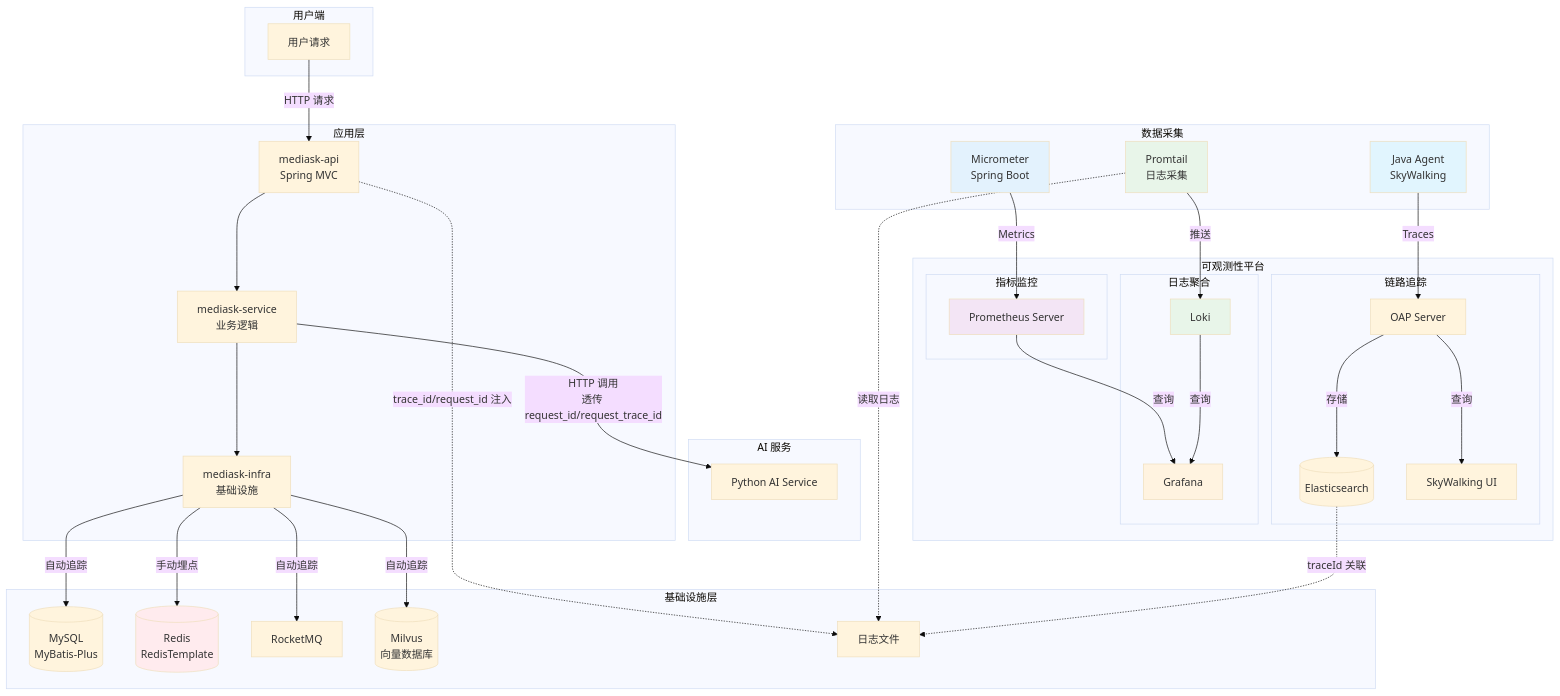
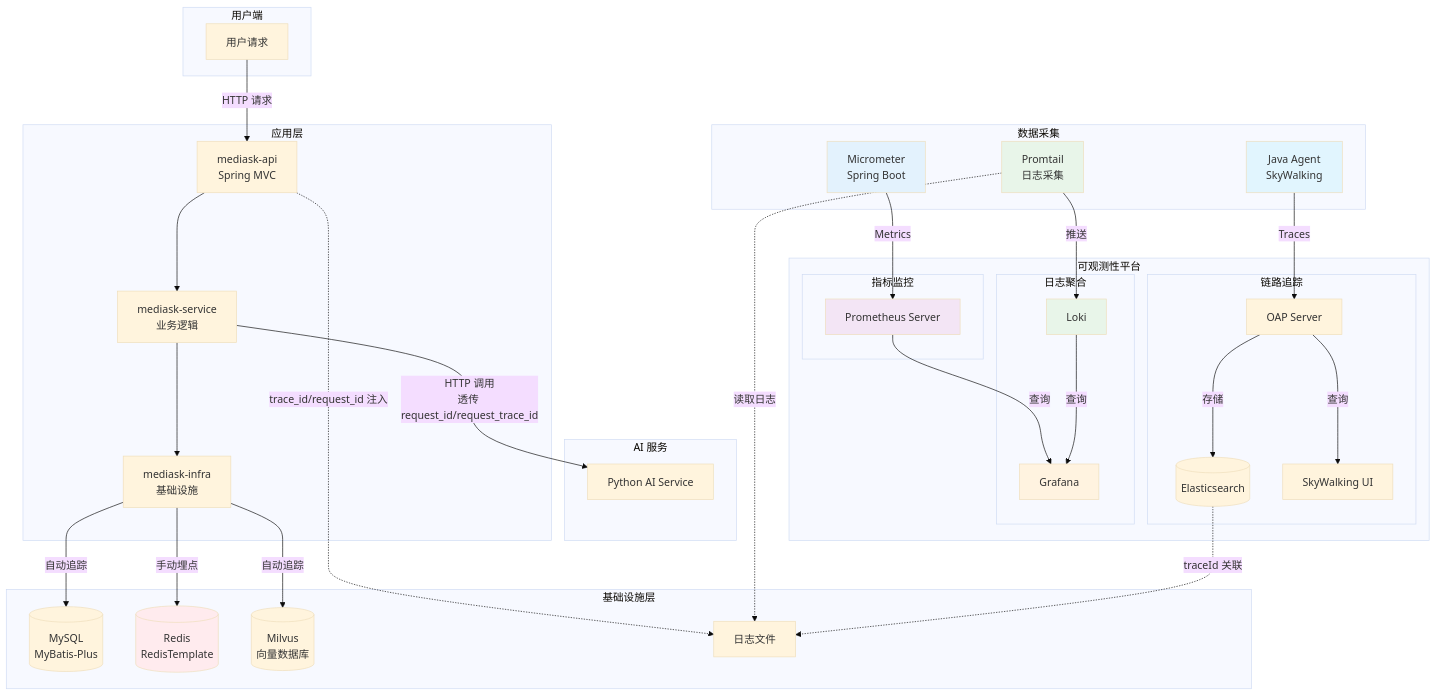
Before and after one commit to JianwenShaw/MediAskDocs: the first of 3 diagrams in docs/17-OBSERVABILITY.md, drawn with Mermaid (base theme). The commit also changed other lines of this file and 12 other files, not shown here.

````diff
--- a/docs/17-OBSERVABILITY.md
+++ b/docs/17-OBSERVABILITY.md
@@ -517,79 +516,77 @@
 ```mermaid
 graph TB
     subgraph 用户端
         U[用户请求]
     end
 
     subgraph 应用层
         A[mediask-api<br/>Spring MVC]
         S[mediask-service<br/>业务逻辑]
         I[mediask-infra<br/>基础设施]
     end
 
     subgraph AI 服务
         PY[Python AI Service]
     end
 
     subgraph 基础设施层
         DB[(MySQL<br/>MyBatis-Plus)]
         R[(Redis<br/>RedisTemplate)]
-        MQ[RocketMQ]
         V[(Milvus<br/>向量数据库)]
         Log[日志文件]
     end
 
     subgraph 数据采集
         SW_Agent[Java Agent<br/>SkyWalking]
         Micrometer[Micrometer<br/>Spring Boot]
         Promtail[Promtail<br/>日志采集]
     end
 
     subgraph 可观测性平台
         subgraph 链路追踪
             OAP[OAP Server]
             ES[(Elasticsearch)]
             SW_UI[SkyWalking UI]
         end
 
         subgraph 指标监控
             Prometheus[Prometheus Server]
         end
 
         subgraph 日志聚合
             Loki[Loki]
             Grafana[Grafana]
         end
     end
 
     U -->|"HTTP 请求"| A
     A --> S
     S --> I
     S -->|"HTTP 调用<br/>透传 request_id/request_trace_id"| PY
 
     I -->|"自动追踪"| DB
     I -->|"手动埋点"| R
-    I -->|"自动追踪"| MQ
     I -->|"自动追踪"| V
 
     A -.->|"trace_id/request_id 注入"| Log
 
     SW_Agent -->|"Traces"| OAP
     Micrometer -->|"Metrics"| Prometheus
     Promtail -.->|"读取日志"| Log
 
     OAP -->|"存储"| ES
     OAP -->|"查询"| SW_UI
     Prometheus -->|"查询"| Grafana
     Promtail -->|"推送"| Loki
     Loki -->|"查询"| Grafana
 
     ES -.->|"traceId 关联"| Log
 
     style SW_Agent fill:#e1f5fe
     style Micrometer fill:#e3f2fd
     style Prometheus fill:#f3e5f5
     style Grafana fill:#fff3e0
     style R fill:#ffebee
     style Loki fill:#e8f5e9
     style Promtail fill:#e8f5e9
 ```
````
